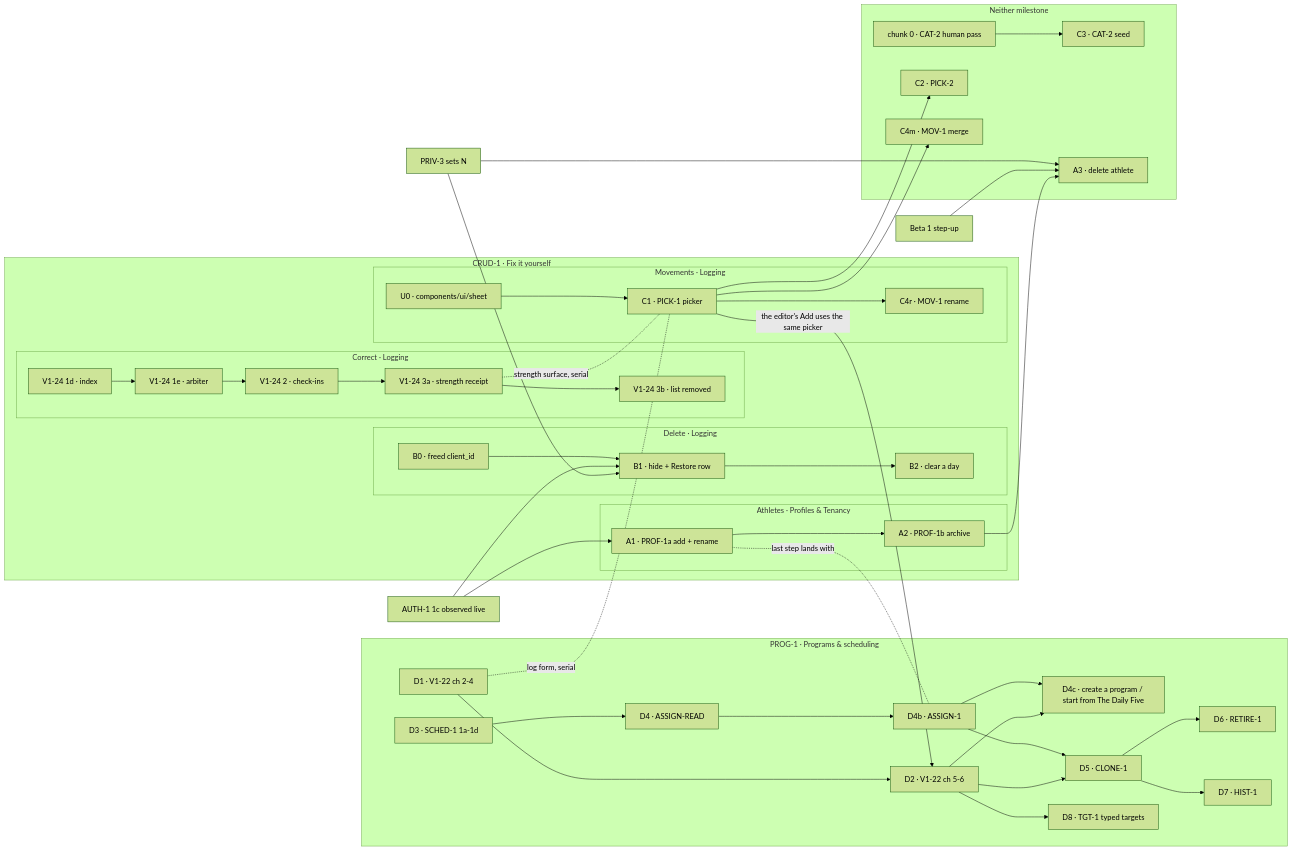
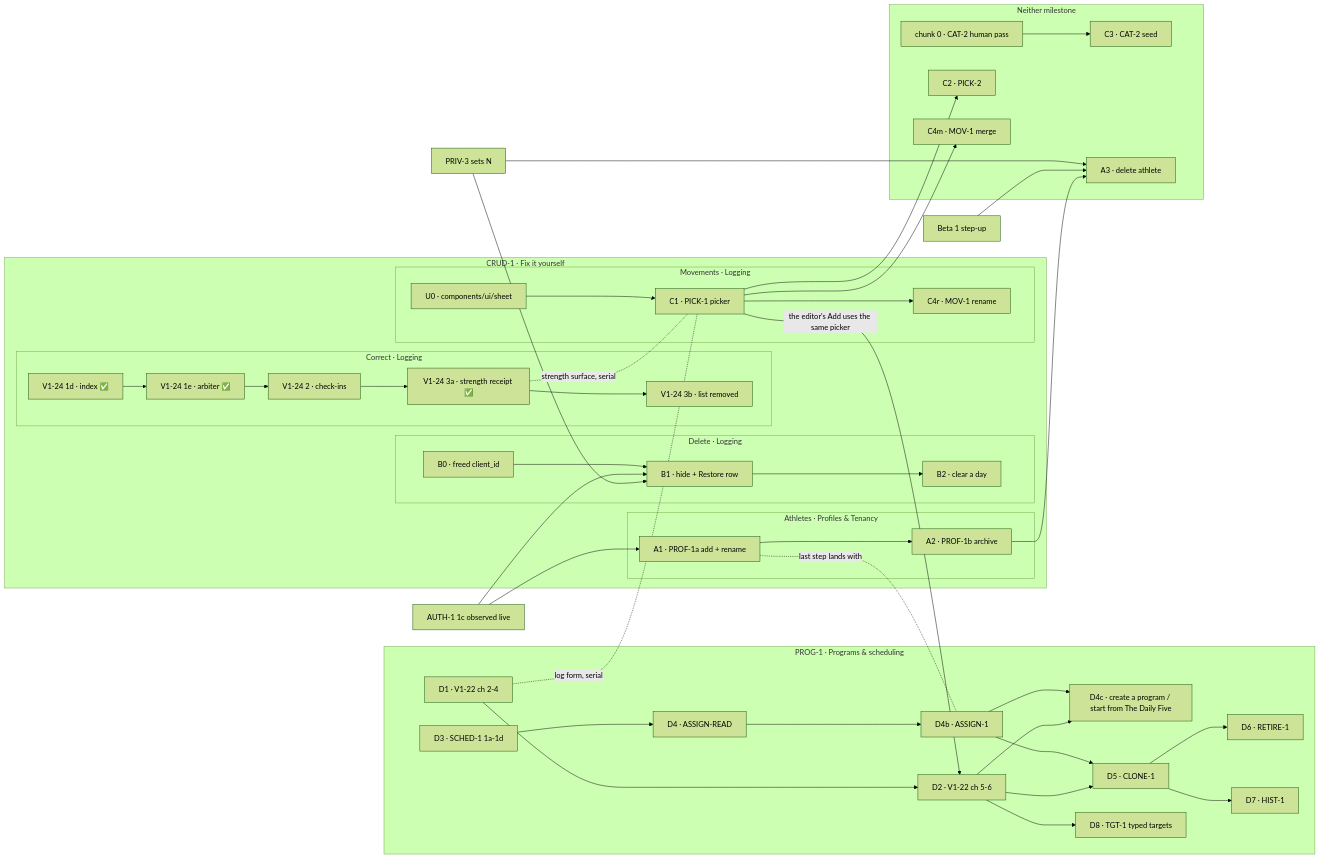
One commit to ralamode/mat-plan changed the diagram in docs/specs/crud-1-fix-it-yourself.md. Above: the diagram before and after it, drawn with Mermaid (forest theme). The commit also changed other lines of this file and 13 other files, not shown here.

````diff
--- a/docs/specs/crud-1-fix-it-yourself.md
+++ b/docs/specs/crud-1-fix-it-yourself.md
@@ -84,52 +84,52 @@
 ```mermaid
 flowchart LR
   subgraph CRUD1[CRUD-1 · Fix it yourself]
     subgraph A[Athletes · Profiles & Tenancy]
       P1a[A1 · PROF-1a add + rename] --> P1b[A2 · PROF-1b archive]
     end
     subgraph B[Delete · Logging]
       D0[B0 · freed client_id] --> D1x[B1 · hide + Restore row]
       D1x --> D2x[B2 · clear a day]
     end
     subgraph E[Correct · Logging]
-      E1d[V1-24 1d · index] --> E1e[V1-24 1e · arbiter]
+      E1d[V1-24 1d · index ✅] --> E1e[V1-24 1e · arbiter ✅]
       E1e --> E2[V1-24 2 · check-ins]
-      E2 --> E3a[V1-24 3a · strength receipt]
+      E2 --> E3a[V1-24 3a · strength receipt ✅]
       E3a --> E3b[V1-24 3b · list removed]
     end
     subgraph C[Movements · Logging]
       U0[U0 · components/ui/sheet] --> K1[C1 · PICK-1 picker]
       K1 --> MVr[C4r · MOV-1 rename]
     end
   end
   subgraph PROG1[PROG-1 · Programs & scheduling]
     V2[D1 · V1-22 ch 2-4] --> V6[D2 · V1-22 ch 5-6]
     S[D3 · SCHED-1 1a-1d] --> AR[D4 · ASSIGN-READ]
     AR --> AS[D4b · ASSIGN-1]
     AS --> NP[D4c · create a program / start from The Daily Five]
     V6 --> NP
     AS --> CL[D5 · CLONE-1]
     V6 --> CL
     CL --> RT[D6 · RETIRE-1]
     CL --> HI[D7 · HIST-1]
     V6 --> TG[D8 · TGT-1 typed targets]
   end
   subgraph Later[Neither milestone]
     H[chunk 0 · CAT-2 human pass] --> C3[C3 · CAT-2 seed]
     K2[C2 · PICK-2]
     P1c[A3 · delete athlete]
     MVm[C4m · MOV-1 merge]
   end
   AU[AUTH-1 1c observed live] --> P1a
   AU --> D1x
   PR3[PRIV-3 sets N] --> D1x
   PR3 --> P1c
   STEP[Beta 1 step-up] --> P1c
   P1b --> P1c
   K1 --> K2
   K1 --> MVm
   V2 -. log form, serial .- K1
   E3a -. strength surface, serial .- K1
   K1 -- the editor's Add uses the same picker --> V6
   P1a -. last step lands with .- AS
 ```
````
